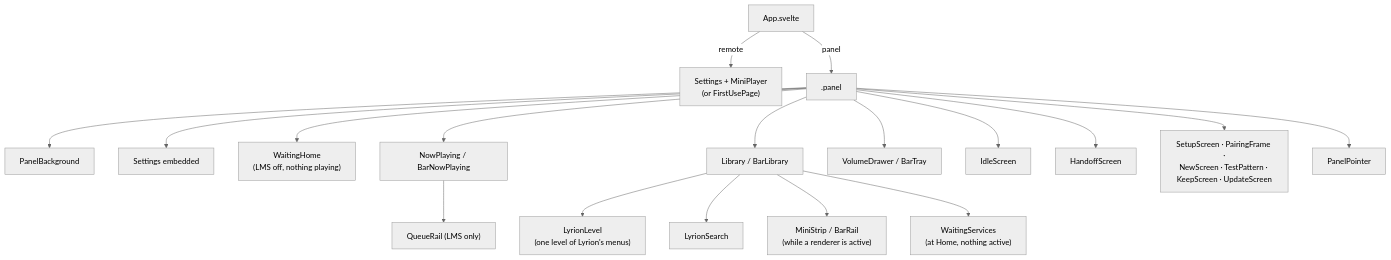
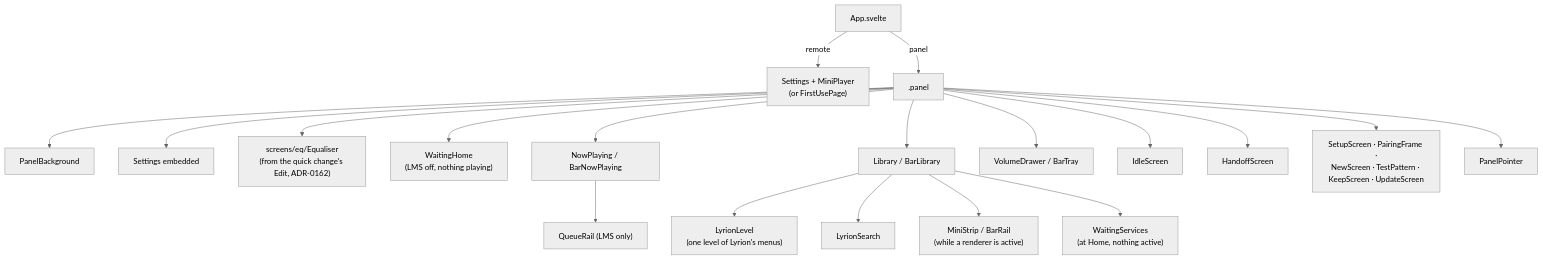
One commit to gcarstoiu/gexis-player changed the fourth of 7 diagrams in docs/tech/ui.md. Above: the diagram before and after it, drawn with Mermaid (neutral theme). The commit also changed other lines of this file and 10 other files, not shown here.

First line of the commit message:
Docs: the equaliser in the manual, FAQ, technical guide, README and the plugin manual (ADR-0162)

````diff
--- a/docs/tech/ui.md
+++ b/docs/tech/ui.md
@@ -217,21 +233,22 @@
 ```mermaid
 flowchart TD
   App[App.svelte]
   App -->|remote| Rem["Settings + MiniPlayer<br/>(or FirstUsePage)"]
   App -->|panel| Pan[".panel"]
   Pan --> PB[PanelBackground]
   Pan --> St[Settings embedded]
+  Pan --> EQ["screens/eq/Equaliser<br/>(from the quick change's Edit, ADR-0162)"]
   Pan --> WH["WaitingHome<br/>(LMS off, nothing playing)"]
   Pan --> NP["NowPlaying / BarNowPlaying"]
   NP --> QR["QueueRail (LMS only)"]
   Pan --> Lib["Library / BarLibrary"]
   Lib --> LL["LyrionLevel<br/>(one level of Lyrion's menus)"]
   Lib --> LS[LyrionSearch]
   Lib --> MS["MiniStrip / BarRail<br/>(while a renderer is active)"]
   Lib --> WS["WaitingServices<br/>(at Home, nothing active)"]
   Pan --> VD["VolumeDrawer / BarTray"]
   Pan --> IS[IdleScreen]
   Pan --> HS[HandoffScreen]
   Pan --> Ov["SetupScreen · PairingFrame ·<br/>NewScreen · TestPattern · KeepScreen · UpdateScreen"]
   Pan --> PP[PanelPointer]
 ```
````
